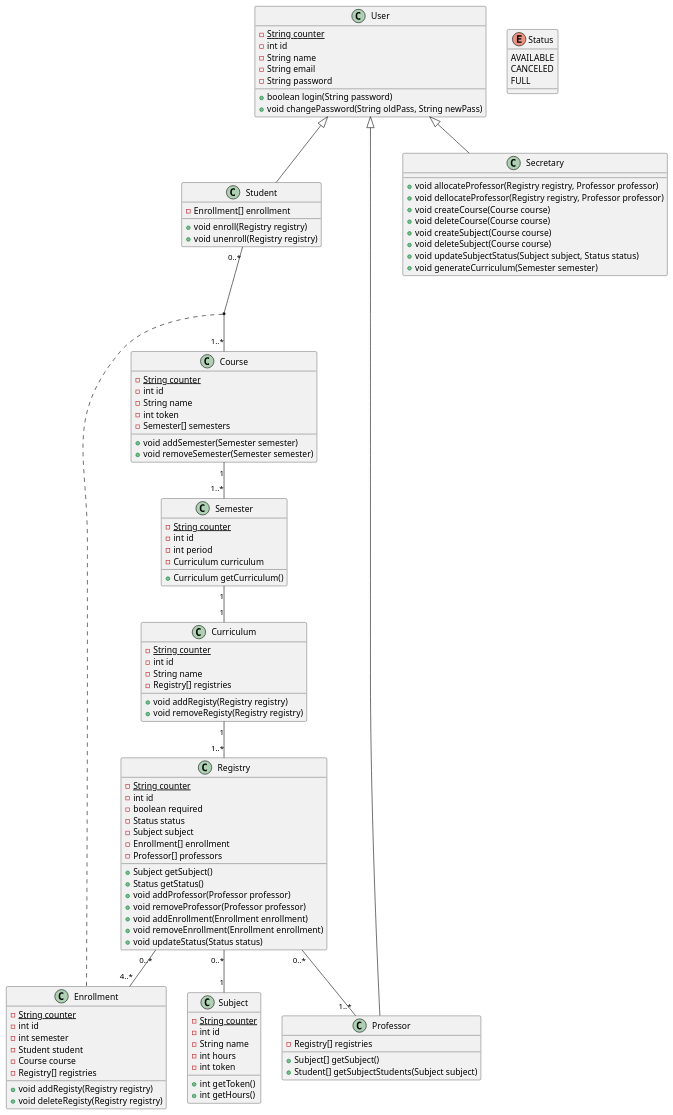
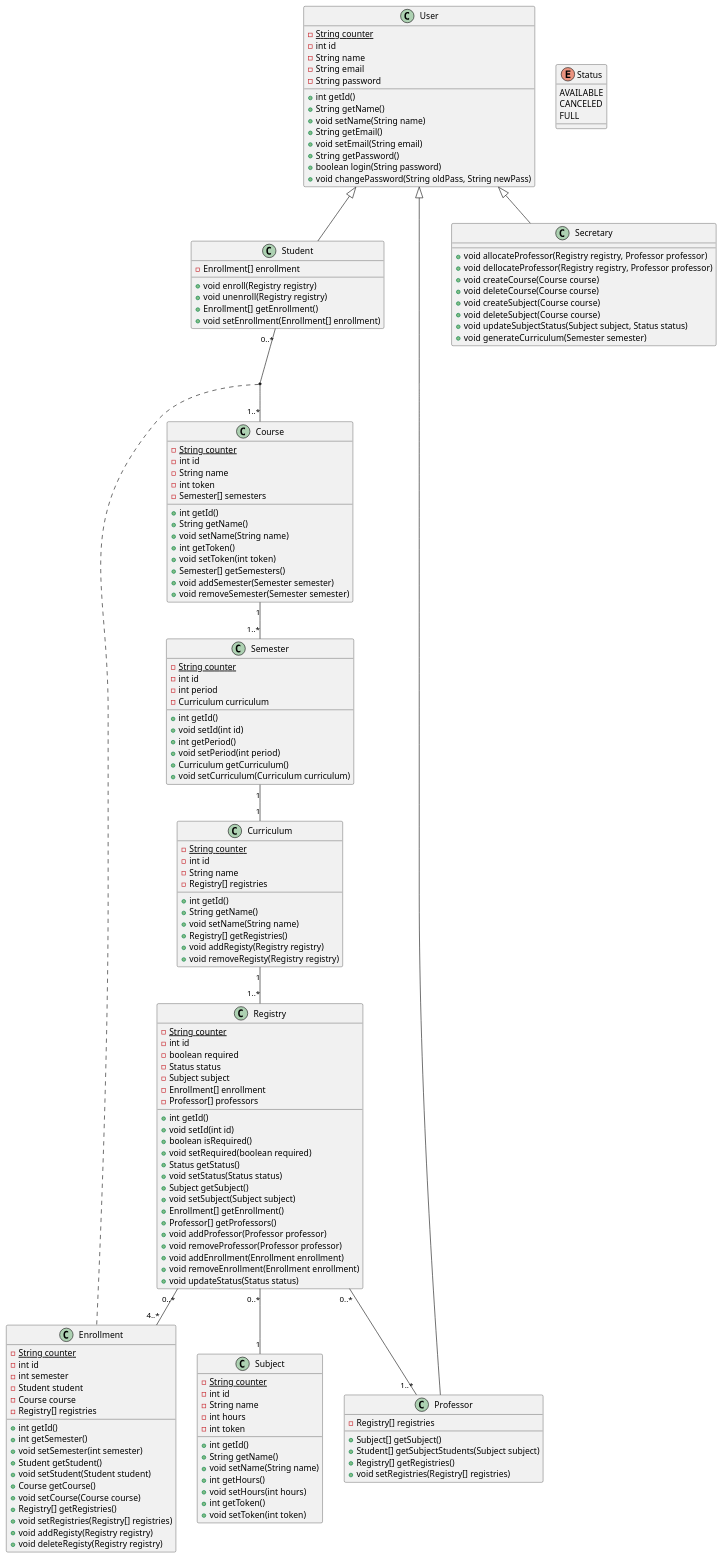
The diagram in projeto 1/project/classDiagram.plantuml (migueltico2/laboratorio-de-desenvolvimento-de-software), drawn with PlantUML before and after one commit. The commit also changed 5 other files, not shown here.

Commit message:
completion of class diagram

```diff
--- a/projeto 1/project/classDiagram.plantuml
+++ b/projeto 1/project/classDiagram.plantuml
@@ -1,111 +1,158 @@
 @startuml
 
 class User {
     -{static} String counter
     -int id
     -String name
     -String email
     -String password
+    +int getId()
+    +String getName()
+    +void setName(String name)
+    +String getEmail()
+    +void setEmail(String email)
+    +String getPassword()
     +boolean login(String password)
     +void changePassword(String oldPass, String newPass)
 }
 class Student {
     -Enrollment[] enrollment
     +void enroll(Registry registry)
     +void unenroll(Registry registry)
+    +Enrollment[] getEnrollment()
+    +void setEnrollment(Enrollment[] enrollment)
 }
 class Professor {
     -Registry[] registries
     +Subject[] getSubject()
     +Student[] getSubjectStudents(Subject subject)
+    +Registry[] getRegistries()
+    +void setRegistries(Registry[] registries)
 }
 class Secretary {
     +void allocateProfessor(Registry registry, Professor professor)
     +void dellocateProfessor(Registry registry, Professor professor)
     +void createCourse(Course course)
     +void deleteCourse(Course course)
     +void createSubject(Course course)
     +void deleteSubject(Course course)
     +void updateSubjectStatus(Subject subject, Status status)
     +void generateCurriculum(Semester semester)
 }
 class Enrollment {
     -{static} String counter
     -int id
     -int semester
     -Student student
     -Course course
     -Registry[] registries
+    +int getId()
+    +int getSemester()
+    +void setSemester(int semester)
+    +Student getStudent()
+    +void setStudent(Student student)
+    +Course getCourse()
+    +void setCourse(Course course)
+    +Registry[] getRegistries()
+    +void setRegistries(Registry[] registries)
     +void addRegisty(Registry registry)
     +void deleteRegisty(Registry registry)
 }
 class Course {
     -{static} String counter
     -int id
     -String name
     -int token
     -Semester[] semesters
+    +int getId()
+    +String getName()
+    +void setName(String name)
+    +int getToken()
+    +void setToken(int token)
+    +Semester[] getSemesters()
     +void addSemester(Semester semester)
     +void removeSemester(Semester semester)
 }
 class Semester {
     -{static} String counter
     -int id
     -int period
     -Curriculum curriculum
+    +int getId()
+    +void setId(int id)
+    +int getPeriod()
+    +void setPeriod(int period)
     +Curriculum getCurriculum()
+    +void setCurriculum(Curriculum curriculum)
 }
 class Curriculum {
     -{static} String counter
     -int id
     -String name
     -Registry[] registries
+    +int getId()
+    +String getName()
+    +void setName(String name)
+    +Registry[] getRegistries()
     +void addRegisty(Registry registry)
     +void removeRegisty(Registry registry)
 }
 class Subject {
     -{static} String counter
     -int id
     -String name
     -int hours
     -int token
+    +int getId()
+    +String getName()
+    +void setName(String name)
+    +int getHours()
+    +void setHours(int hours)
     +int getToken()
-    +int getHours()
+    +void setToken(int token)
 }
 class Registry {
     -{static} String counter
     -int id
     -boolean required
     -Status status
     -Subject subject
     -Enrollment[] enrollment
     -Professor[] professors
+    +int getId()
+    +void setId(int id)
+    +boolean isRequired()
+    +void setRequired(boolean required)
+    +Status getStatus()
+    +void setStatus(Status status)
     +Subject getSubject()
-    +Status getStatus()
+    +void setSubject(Subject subject)
+    +Enrollment[] getEnrollment()
+    +Professor[] getProfessors()
     +void addProfessor(Professor professor)
     +void removeProfessor(Professor professor)
     +void addEnrollment(Enrollment enrollment)
     +void removeEnrollment(Enrollment enrollment)
     +void updateStatus(Status status)
 }
 
 enum Status {
     AVAILABLE
     CANCELED
     FULL
 }
 
 User <|-- Student
 User <|-- Professor
 User <|-- Secretary
 
 Course "1" -- "1..*" Semester
 Semester "1" -- "1" Curriculum
 Curriculum "1" -- "1..*" Registry
 Registry "0..*" -- "1" Subject
 Student "0..*" -- "1..*" Course
 (Student, Course) . Enrollment
 Registry "0..*" -- "4..*" Enrollment
 Registry "0..*" -- "1..*" Professor
 
 @enduml
```
